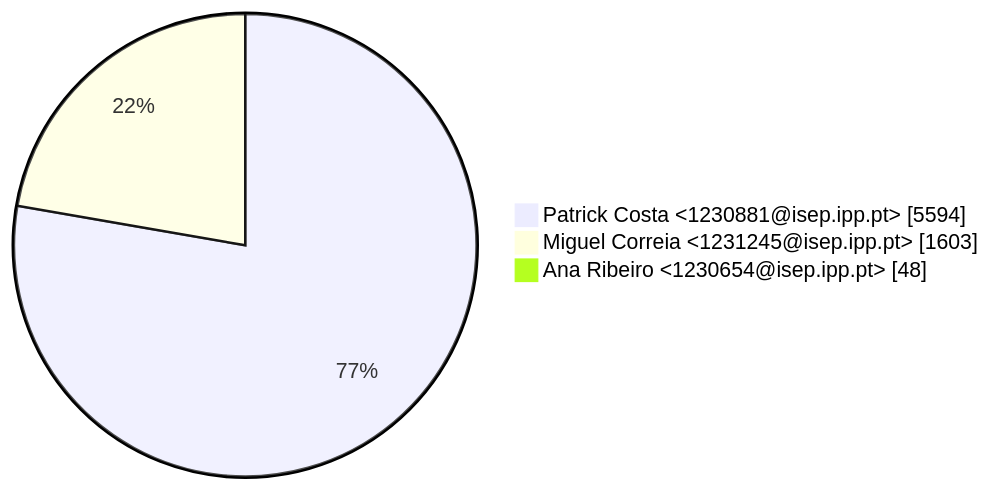
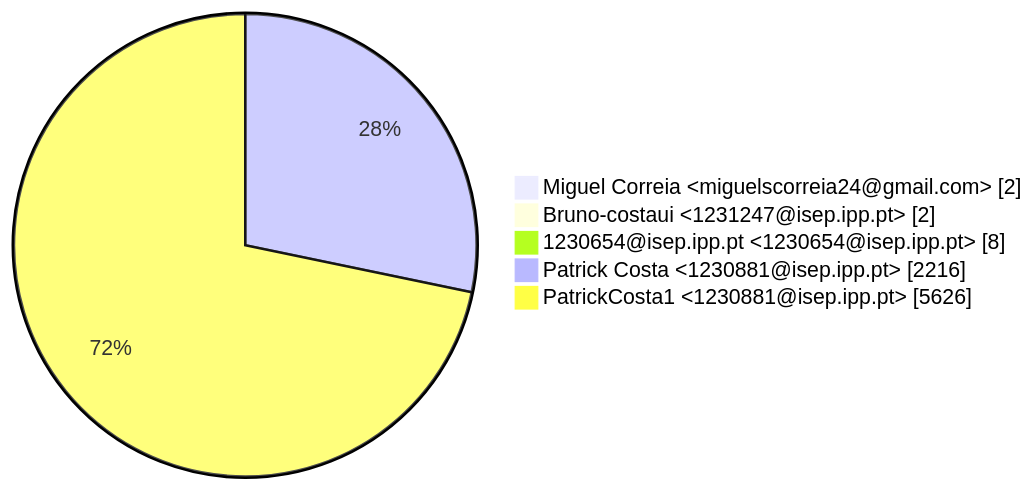
Before and after one commit to PatrickCosta1/LSIS1_Grupo_7_GitHub: the second of 3 diagrams in GitAnalysis/Sprint_1/Contributions.md, drawn with Mermaid. The commit also changed other lines of this file and 1 other file, not shown here.

````diff
--- a/GitAnalysis/Sprint_1/Contributions.md
+++ b/GitAnalysis/Sprint_1/Contributions.md
@@ -17,6 +21,8 @@
 ```mermaid
 pie showData
-    " Patrick Costa <1230881@isep.ipp.pt>" : 5594
-    " Miguel Correia <1231245@isep.ipp.pt>" : 1603
-    " Ana Ribeiro <1230654@isep.ipp.pt>" : 48
+    " Miguel Correia <miguelscorreia24@gmail.com>" : 2
+    " Bruno-costaui <1231247@isep.ipp.pt>" : 2
+    " 1230654@isep.ipp.pt <1230654@isep.ipp.pt>" : 8
+    " Patrick Costa <1230881@isep.ipp.pt>" : 2216
+    " PatrickCosta1 <1230881@isep.ipp.pt>" : 5626
 ```
````
